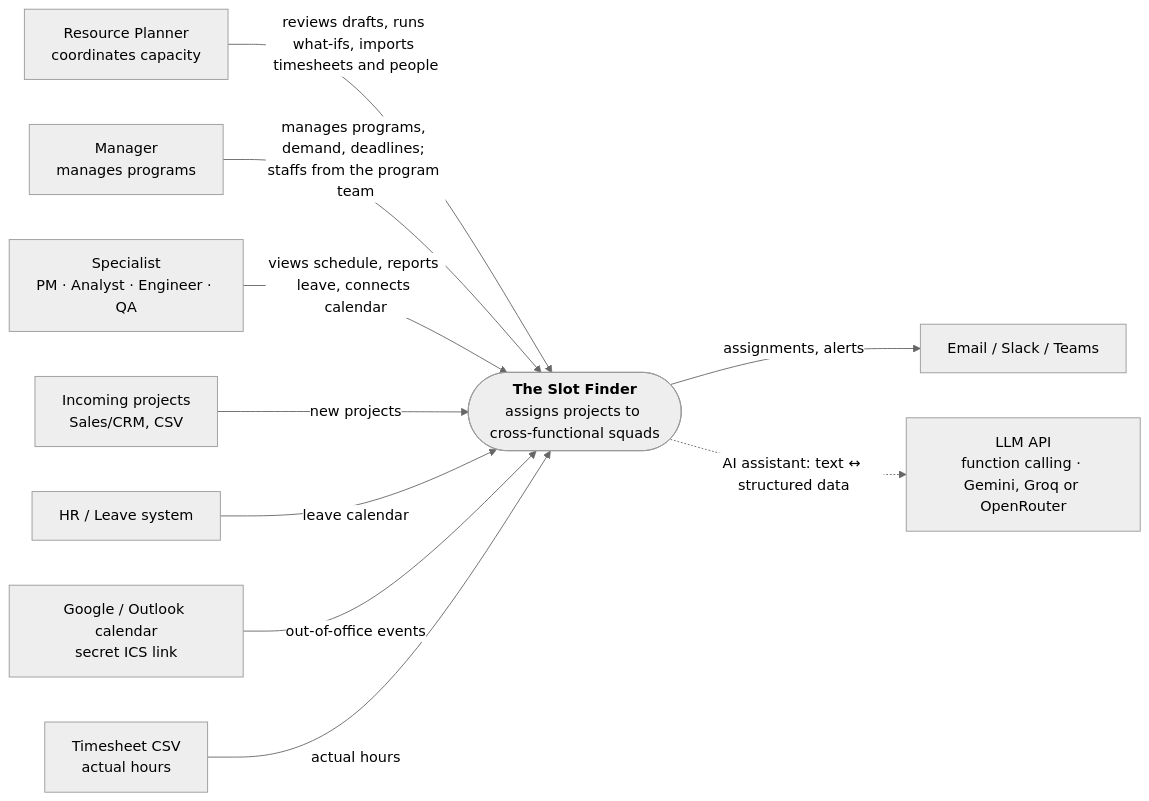
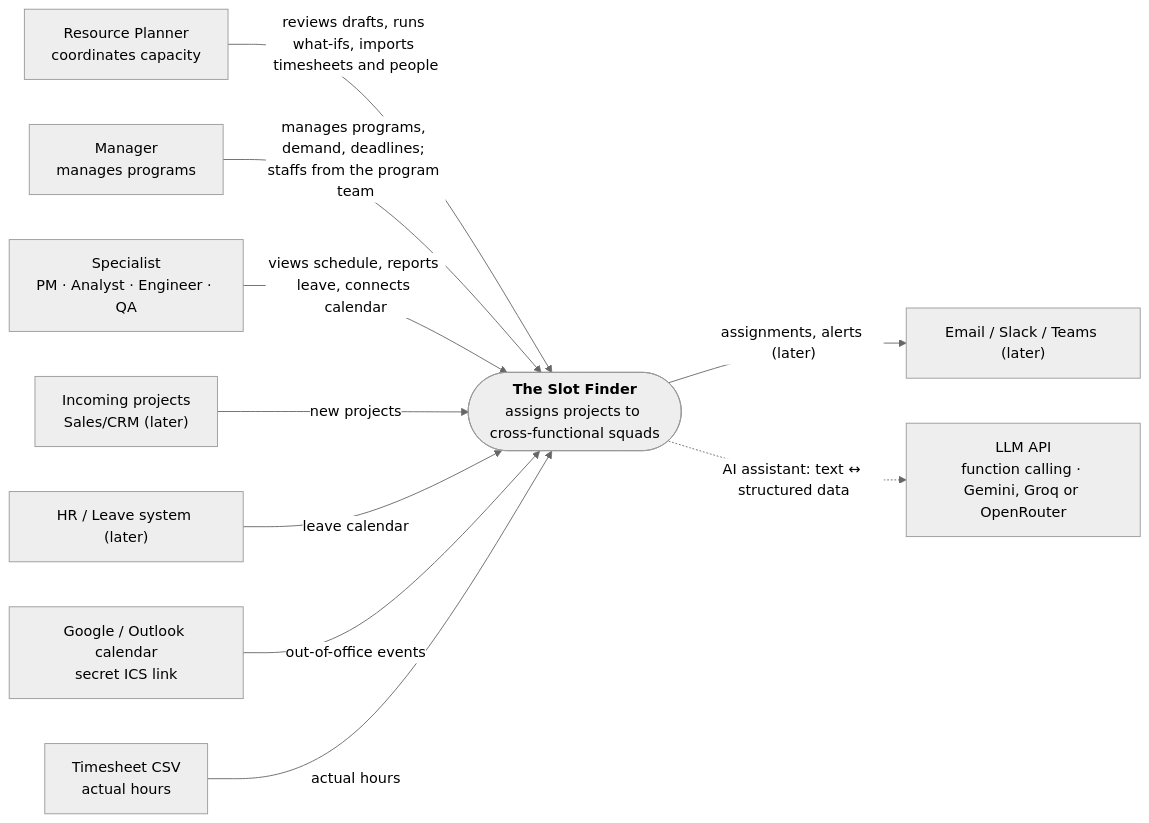
Before and after one commit to dophnamm/the-slot-finder: the first of 14 diagrams in README.md, drawn with Mermaid (neutral theme). The commit also changed other lines of this file and 1 other file, not shown here.

Commit message:
docs: correct the architecture README and diagrams

````diff
--- a/README.md
+++ b/README.md
@@ -50,23 +51,23 @@
 ```mermaid
 flowchart LR
   planner["Resource Planner<br/>coordinates capacity"]
   lead["Manager<br/>manages programs"]
   spec["Specialist<br/>PM · Analyst · Engineer · QA"]
   sf(["<b>The Slot Finder</b><br/>assigns projects to cross-functional squads"])
-  intake["Incoming projects<br/>Sales/CRM, CSV"]
-  hr["HR / Leave system"]
+  intake["Incoming projects<br/>Sales/CRM (later)"]
+  hr["HR / Leave system (later)"]
   cal["Google / Outlook calendar<br/>secret ICS link"]
   timesheet["Timesheet CSV<br/>actual hours"]
-  notify["Email / Slack / Teams"]
+  notify["Email / Slack / Teams (later)"]
   llm["LLM API<br/>function calling · Gemini, Groq or OpenRouter"]
 
   planner -->|"reviews drafts, runs what-ifs, imports timesheets and people"| sf
   lead -->|"manages programs, demand, deadlines; staffs from the program team"| sf
   spec -->|"views schedule, reports leave, connects calendar"| sf
   intake -->|"new projects"| sf
   hr -->|"leave calendar"| sf
   cal -->|"out-of-office events"| sf
   timesheet -->|"actual hours"| sf
-  sf -->|"assignments, alerts"| notify
+  sf -->|"assignments, alerts (later)"| notify
   sf -.->|"AI assistant: text ↔ structured data"| llm
 ```
````
